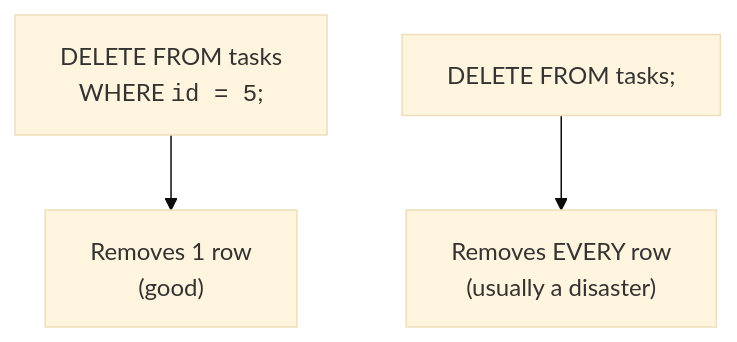
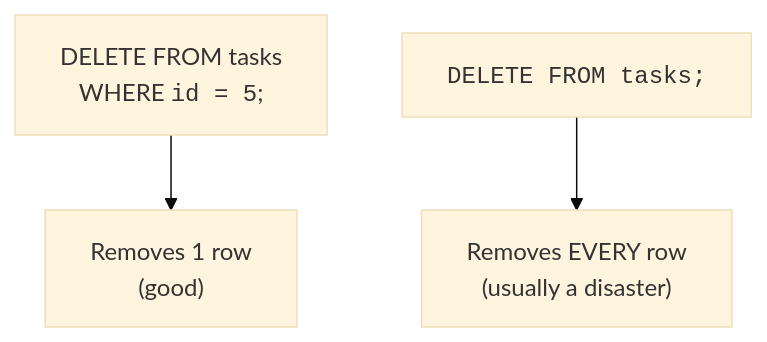
One commit to dataslope/dataslope changed the second of 2 diagrams in content/learn/intro-sql-postgres/inserting-data.mdx. Above: the diagram before and after it, drawn with Mermaid (base theme). The commit also changed other lines of this file and 56 other files, not shown here.

````diff
--- a/content/learn/intro-sql-postgres/inserting-data.mdx
+++ b/content/learn/intro-sql-postgres/inserting-data.mdx
@@ -136,5 +136,5 @@
 ```mermaid
 flowchart TB
     D1["DELETE FROM tasks<br/>WHERE <code>id = 5</code>;"] --> R1["Removes 1 row<br/>(good)"]
-    D2["DELETE FROM tasks;"] --> R2["Removes EVERY row<br/>(usually a disaster)"]
+    D2["<code>DELETE FROM tasks;</code>"] --> R2["Removes EVERY row<br/>(usually a disaster)"]
 ```
````
